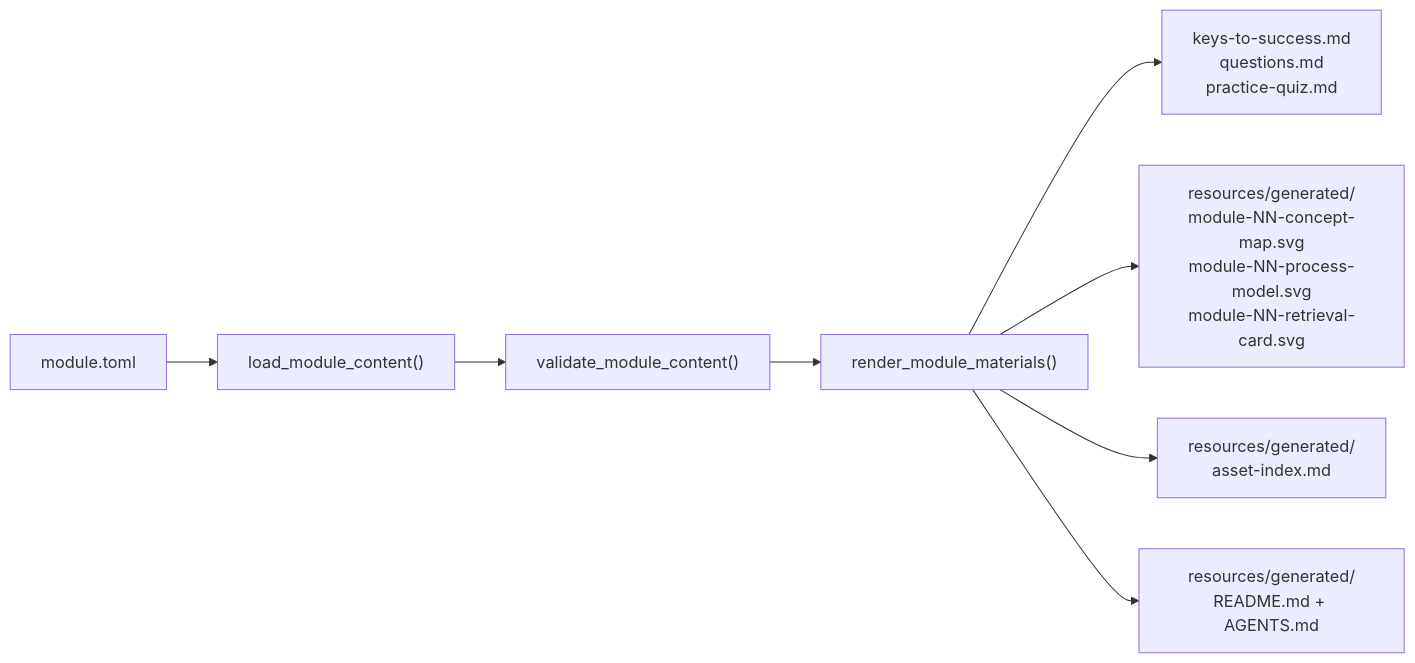
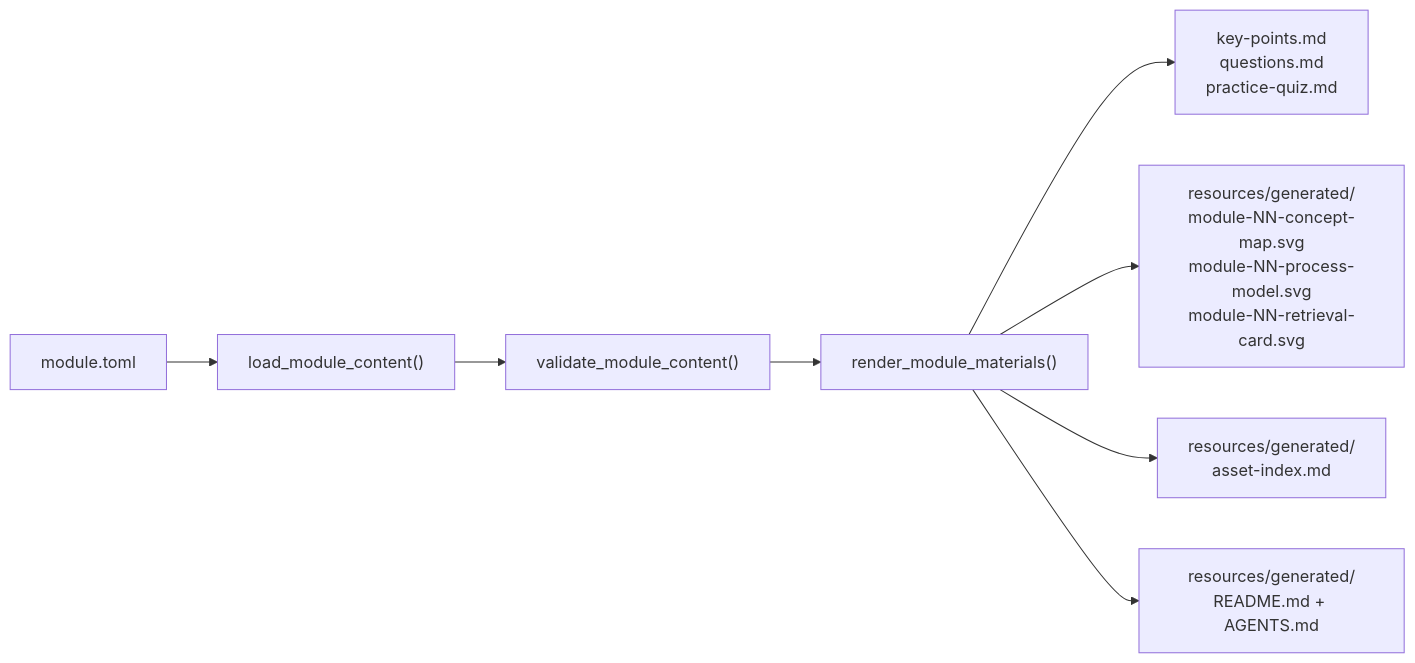
One commit to docxology/biol-1 changed the second of 4 diagrams in software/docs/pipeline/GENERATION_FLOW.md. Above: the diagram before and after it, drawn with Mermaid. The commit also changed other lines of this file and 864 other files, not shown here.

````diff
--- a/software/docs/pipeline/GENERATION_FLOW.md
+++ b/software/docs/pipeline/GENERATION_FLOW.md
@@ -55,10 +55,10 @@
 ```mermaid
 flowchart LR
     TOML["module.toml"] --> LOAD["load_module_content()"]
     LOAD --> VALIDATE["validate_module_content()"]
     VALIDATE --> RENDER["render_module_materials()"]
-    RENDER --> MD["keys-to-success.md<br/>questions.md<br/>practice-quiz.md"]
+    RENDER --> MD["key-points.md<br/>questions.md<br/>practice-quiz.md"]
     RENDER --> SVG["resources/generated/<br/>module-NN-concept-map.svg<br/>module-NN-process-model.svg<br/>module-NN-retrieval-card.svg"]
     RENDER --> IDX["resources/generated/<br/>asset-index.md"]
     RENDER --> DOCS["resources/generated/<br/>README.md + AGENTS.md"]
 ```
````
